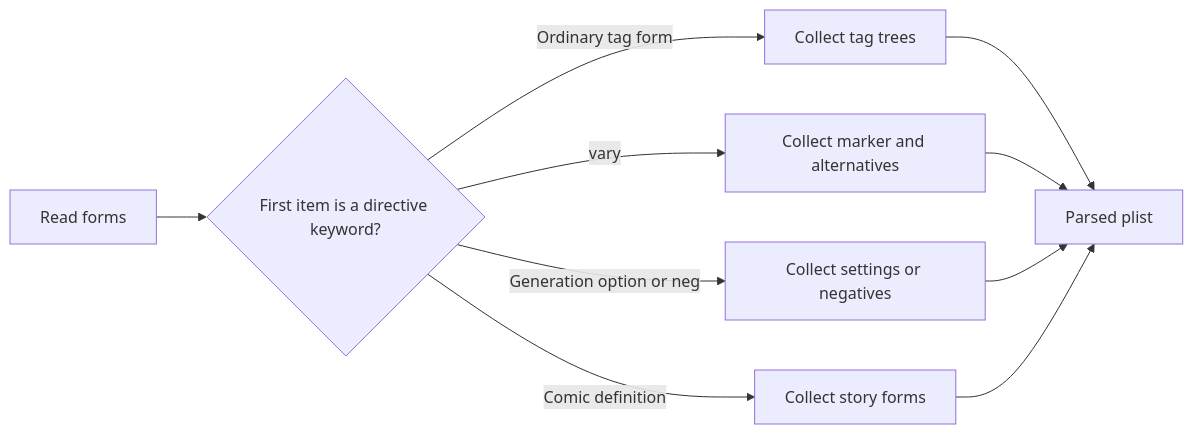
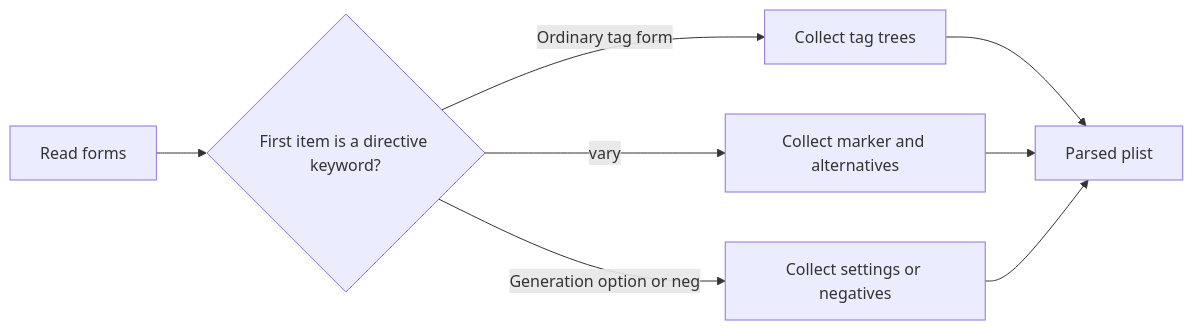
One commit to ojari/home_config changed the second of 5 diagrams in lisp/danbooru-explained.md. Above: the diagram before and after it, drawn with Mermaid. The commit also changed other lines of this file and 5 other files, not shown here.

````diff
--- a/lisp/danbooru-explained.md
+++ b/lisp/danbooru-explained.md
@@ -276,12 +269,10 @@
 ```mermaid
 flowchart LR
     A[Read forms] --> B{First item is a directive keyword?}
     B -->|Ordinary tag form| C[Collect tag trees]
     B -->|vary| D[Collect marker and alternatives]
     B -->|Generation option or neg| E[Collect settings or negatives]
-    B -->|Comic definition| F[Collect story forms]
     C --> G[Parsed plist]
     D --> G
     E --> G
-    F --> G
 ```
````
